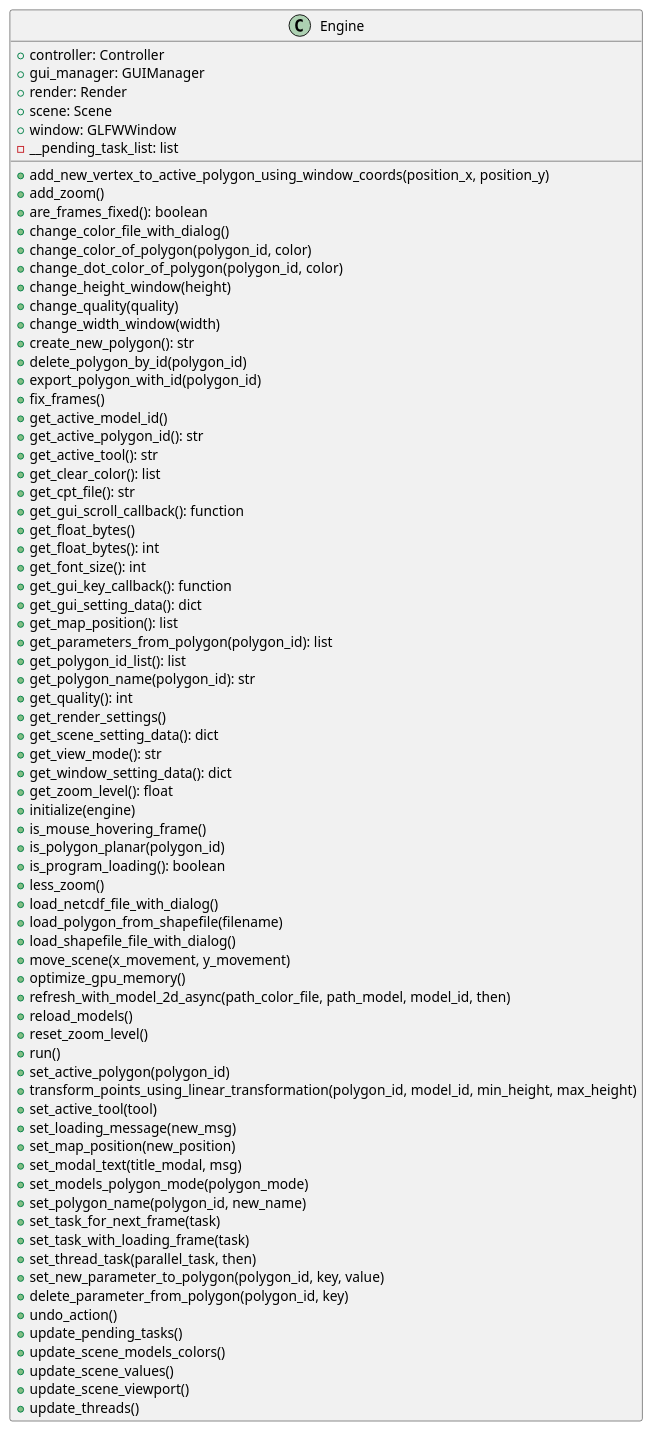
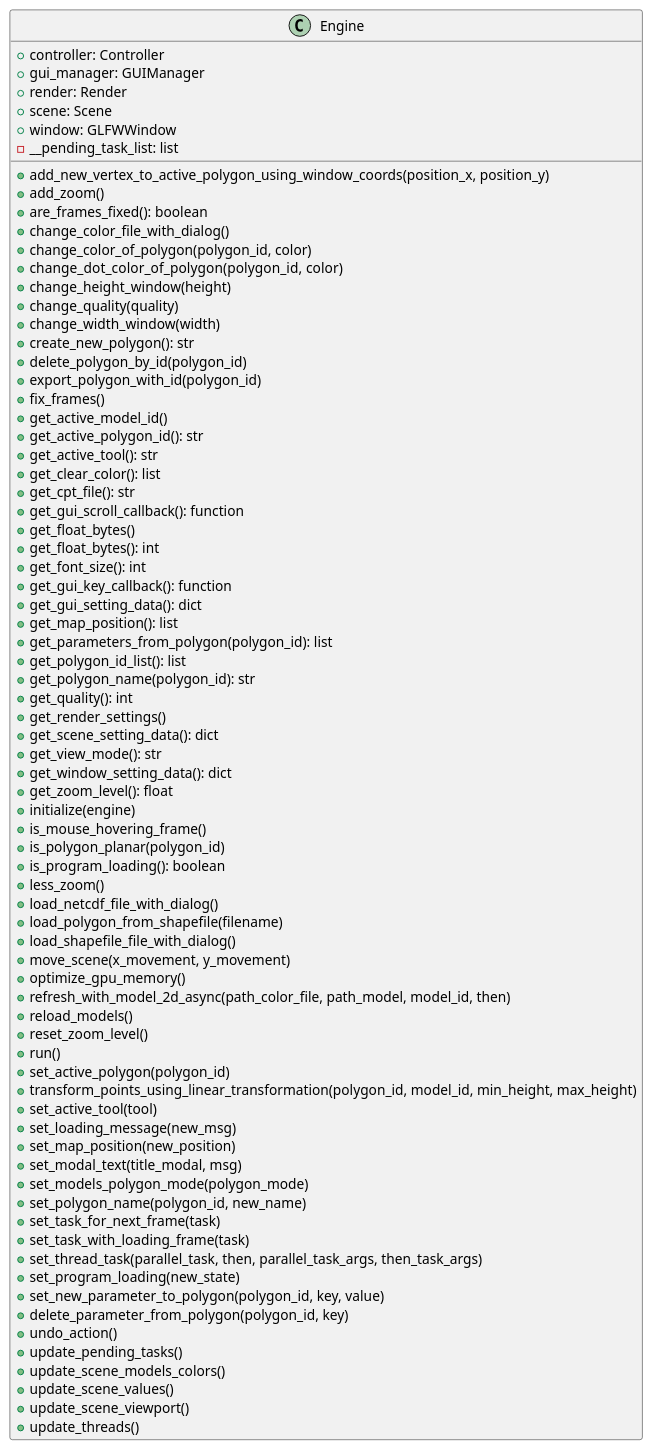
One commit to ferpoble2/Relief_Creator changed the diagram in docs/classes/Engine.puml. Above: the diagram before and after it, drawn with PlantUML. The commit also changed 1 other file, not shown here.

Commit message:
Added function to set the program in a loading state.
Added logic to use parameters with the thread tasks

```diff
--- a/docs/classes/Engine.puml
+++ b/docs/classes/Engine.puml
@@ -1,78 +1,79 @@
 @startuml
 class Engine {
     + controller: Controller
     + gui_manager: GUIManager
     + render: Render
     + scene: Scene
     + window: GLFWWindow
     - __pending_task_list: list
     + add_new_vertex_to_active_polygon_using_window_coords(position_x, position_y)
     + add_zoom()
     + are_frames_fixed(): boolean
     + change_color_file_with_dialog()
     + change_color_of_polygon(polygon_id, color)
     + change_dot_color_of_polygon(polygon_id,  color)
     + change_height_window(height)
     + change_quality(quality)
     + change_width_window(width)
     + create_new_polygon(): str
     + delete_polygon_by_id(polygon_id)
     + export_polygon_with_id(polygon_id)
     + fix_frames()
     + get_active_model_id()
     + get_active_polygon_id(): str
     + get_active_tool(): str
     + get_clear_color(): list
     + get_cpt_file(): str
     + get_gui_scroll_callback(): function
     + get_float_bytes()
     + get_float_bytes(): int
     + get_font_size(): int
     + get_gui_key_callback(): function
     + get_gui_setting_data(): dict
     + get_map_position(): list
     + get_parameters_from_polygon(polygon_id): list
     + get_polygon_id_list(): list
     + get_polygon_name(polygon_id): str
     + get_quality(): int
     + get_render_settings()
     + get_scene_setting_data(): dict
     + get_view_mode(): str
     + get_window_setting_data(): dict
     + get_zoom_level(): float
     + initialize(engine)
     + is_mouse_hovering_frame()
     + is_polygon_planar(polygon_id)
     + is_program_loading(): boolean
     + less_zoom()
     + load_netcdf_file_with_dialog()
     + load_polygon_from_shapefile(filename)
     + load_shapefile_file_with_dialog()
     + move_scene(x_movement, y_movement)
     + optimize_gpu_memory()
     + refresh_with_model_2d_async(path_color_file, path_model, model_id, then)
     + reload_models()
     + reset_zoom_level()
     + run()
     + set_active_polygon(polygon_id)
     + transform_points_using_linear_transformation(polygon_id, model_id, min_height, max_height)
     + set_active_tool(tool)
     + set_loading_message(new_msg)
     + set_map_position(new_position)
     + set_modal_text(title_modal, msg)
     + set_models_polygon_mode(polygon_mode)
     + set_polygon_name(polygon_id, new_name)
     + set_task_for_next_frame(task)
     + set_task_with_loading_frame(task)
-    + set_thread_task(parallel_task, then)
+    + set_thread_task(parallel_task, then, parallel_task_args, then_task_args)
+    + set_program_loading(new_state)
     + set_new_parameter_to_polygon(polygon_id, key, value)
     + delete_parameter_from_polygon(polygon_id, key)
     + undo_action()
     + update_pending_tasks()
     + update_scene_models_colors()
     + update_scene_values()
     + update_scene_viewport()
     + update_threads()
 }
 
 @enduml
```
